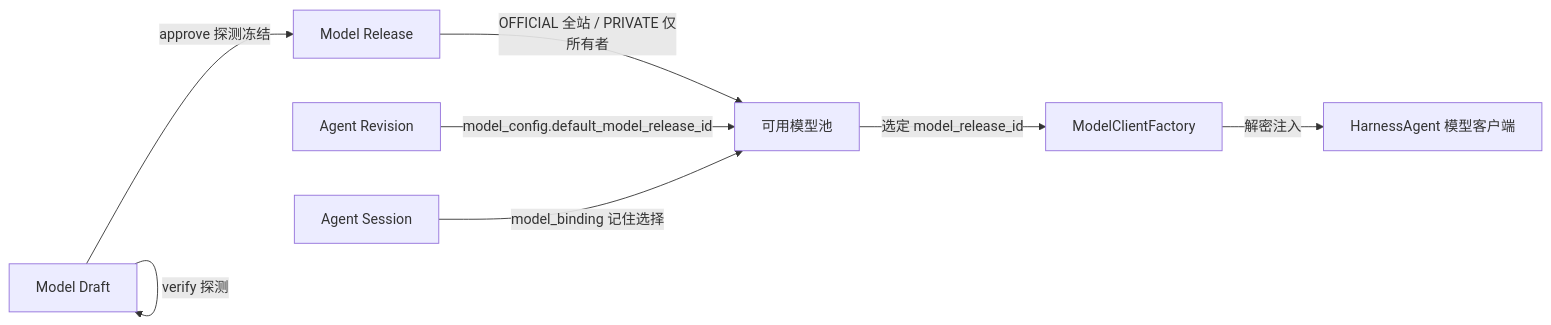
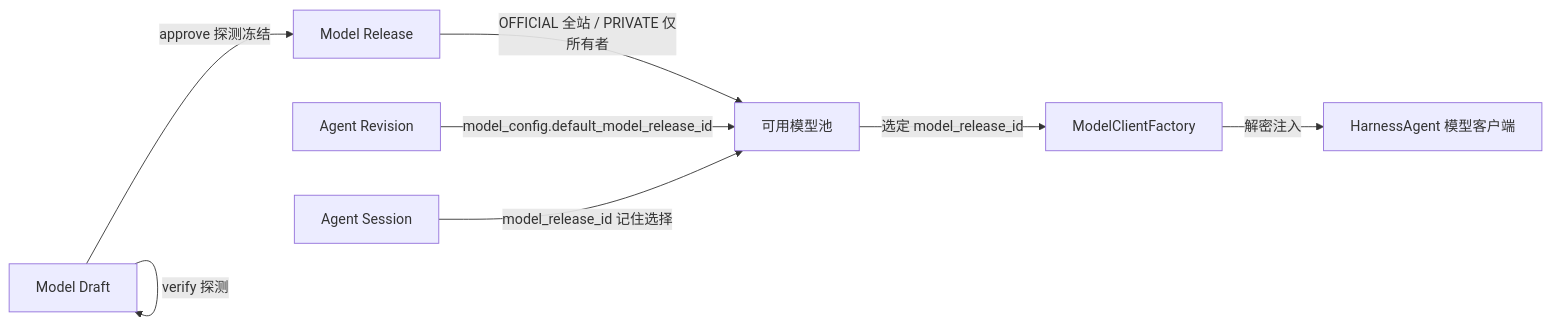
One commit to wzerf/code-temp changed diagram 14 of 16 in docs/agent-module-table-flows.md. Above: the diagram before and after it, drawn with Mermaid. The commit also changed other lines of this file and 23 other files, not shown here.

First line of the commit message:
feat(agent): 会话模型选择改写入 agent_session.model_release_id

````diff
--- a/docs/agent-module-table-flows.md
+++ b/docs/agent-module-table-flows.md
@@ -469,10 +466,10 @@
 ```mermaid
 flowchart LR
     MD[Model Draft] -->|verify 探测| MD
     MD -->|approve 探测冻结| MR[Model Release]
     MR -->|OFFICIAL 全站 / PRIVATE 仅所有者| POOL[可用模型池]
     R[Agent Revision] -->|model_config.default_model_release_id| POOL
-    S[Agent Session] -->|model_binding 记住选择| POOL
+    S[Agent Session] -->|model_release_id 记住选择| POOL
     POOL -->|选定 model_release_id| MC[ModelClientFactory]
     MC -->|解密注入| RUN[HarnessAgent 模型客户端]
 ```
````
